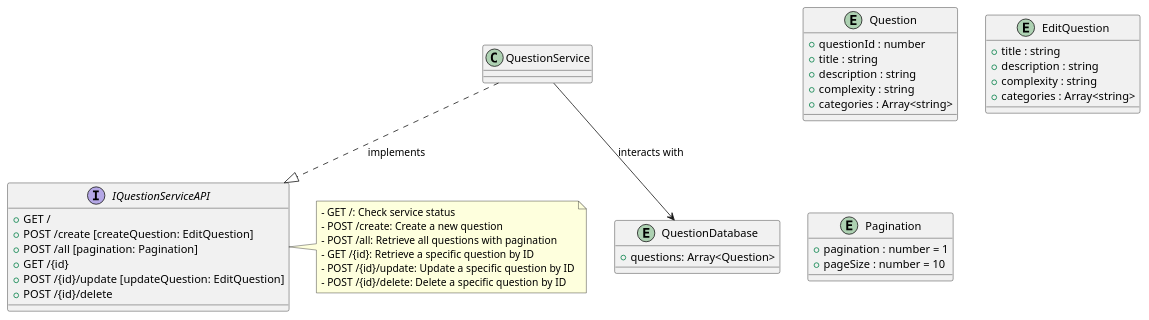
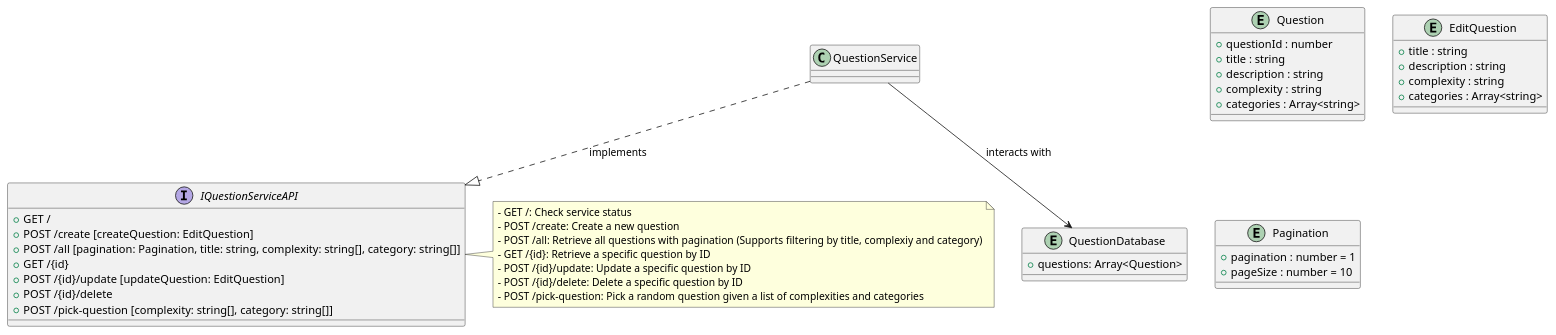
Before and after one commit to CS3219-AY2425S1/nus-cs3219-ay2425s1-cs3219-ay2425s1-project-project-template: the diagram in backend/question/docs/question.plantuml, drawn with PlantUML. The commit also changed 1 other file, not shown here.

```diff
--- a/backend/question/docs/question.plantuml
+++ b/backend/question/docs/question.plantuml
@@ -1,51 +1,53 @@
 @startuml Question Service
 
 entity Question {
   + questionId : number
   + title : string
   + description : string
   + complexity : string
   + categories : Array<string>
 }
 
 entity EditQuestion {
   + title : string
   + description : string
   + complexity : string
   + categories : Array<string>
 }
 
 entity Pagination {
   + pagination : number = 1
   + pageSize : number = 10
 }
 
 interface IQuestionServiceAPI {
   + GET /
   + POST /create [createQuestion: EditQuestion]
-  + POST /all [pagination: Pagination]
+  + POST /all [pagination: Pagination, title: string, complexity: string[], category: string[]]
   + GET /{id}
   + POST /{id}/update [updateQuestion: EditQuestion]
   + POST /{id}/delete
+  + POST /pick-question [complexity: string[], category: string[]]
 }
 
 note right of IQuestionServiceAPI
   - GET /: Check service status
   - POST /create: Create a new question
-  - POST /all: Retrieve all questions with pagination
+  - POST /all: Retrieve all questions with pagination (Supports filtering by title, complexiy and category)
   - GET /{id}: Retrieve a specific question by ID
   - POST /{id}/update: Update a specific question by ID
   - POST /{id}/delete: Delete a specific question by ID
+  - POST /pick-question: Pick a random question given a list of complexities and categories
 end note
 
 class QuestionService {
 }
 
 entity QuestionDatabase {
   + questions: Array<Question>
 }
 
 QuestionService ..|> IQuestionServiceAPI : implements
 QuestionService --> QuestionDatabase : interacts with
 
 @enduml
```
